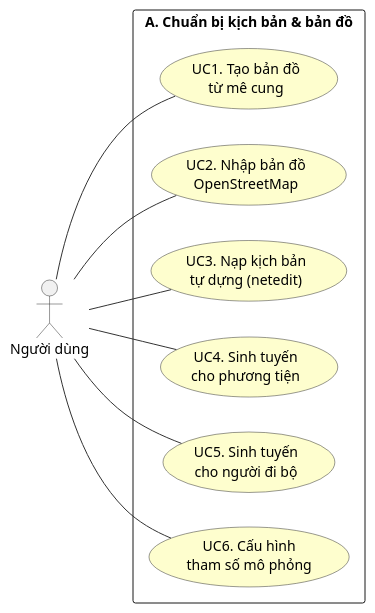
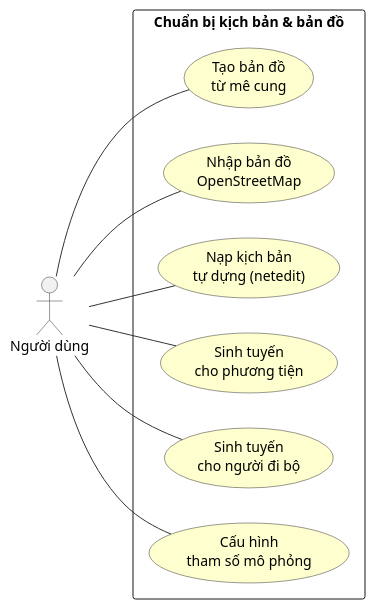
The diagram in DiagramsCode/hinh2.3-usecase-nhom-A.puml (MinhHoang137/SUMO-GR1), drawn with PlantUML before and after one commit. The commit also changed 80 other files, not shown here.

```diff
--- a/DiagramsCode/hinh2.3-usecase-nhom-A.puml
+++ b/DiagramsCode/hinh2.3-usecase-nhom-A.puml
@@ -1,27 +1,27 @@
 @startuml hinh2.3-usecase-nhom-A
 left to right direction
 skinparam packageStyle rectangle
 skinparam usecaseBorderColor #333333
 skinparam usecaseBackgroundColor #FEFECE
 skinparam actorBorderColor #333333
 skinparam ArrowColor #333333
 
 actor "Người dùng" as User
 
-rectangle "A. Chuẩn bị kịch bản & bản đồ" {
-  usecase "UC1. Tạo bản đồ\ntừ mê cung" as UC1
-  usecase "UC2. Nhập bản đồ\nOpenStreetMap" as UC2
-  usecase "UC3. Nạp kịch bản\ntự dựng (netedit)" as UC3
-  usecase "UC4. Sinh tuyến\ncho phương tiện" as UC4
-  usecase "UC5. Sinh tuyến\ncho người đi bộ" as UC5
-  usecase "UC6. Cấu hình\ntham số mô phỏng" as UC6
+rectangle "Chuẩn bị kịch bản & bản đồ" {
+  usecase "Tạo bản đồ\ntừ mê cung" as UC1
+  usecase "Nhập bản đồ\nOpenStreetMap" as UC2
+  usecase "Nạp kịch bản\ntự dựng (netedit)" as UC3
+  usecase "Sinh tuyến\ncho phương tiện" as UC4
+  usecase "Sinh tuyến\ncho người đi bộ" as UC5
+  usecase "Cấu hình\ntham số mô phỏng" as UC6
 }
 
 User -- UC1
 User -- UC2
 User -- UC3
 User -- UC4
 User -- UC5
 User -- UC6
 
 @enduml
```
